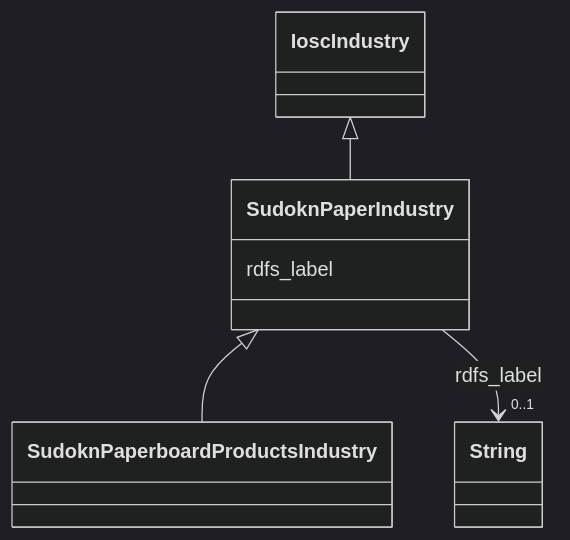
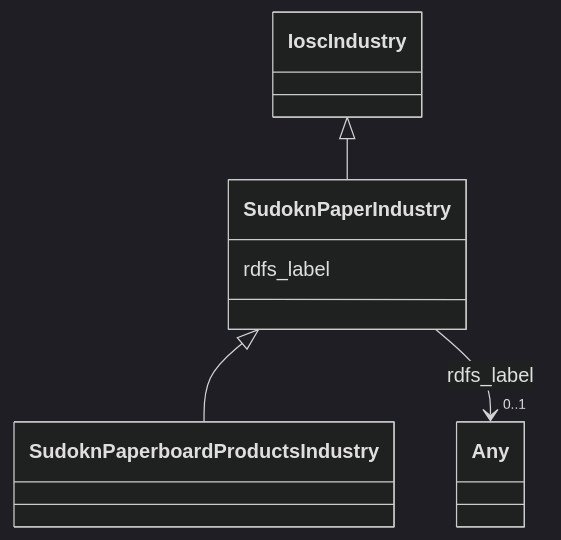
The diagram in sudokn-kg/classes/SudoknPaperIndustry.md (frink-okn/graph-descriptions), drawn with Mermaid (dark theme) before and after one commit. The commit also changed other lines of this file and 903 other files, not shown here.

````diff
--- a/sudokn-kg/classes/SudoknPaperIndustry.md
+++ b/sudokn-kg/classes/SudoknPaperIndustry.md
@@ -23,23 +18,23 @@
 ```mermaid
  classDiagram
     class SudoknPaperIndustry
     click SudoknPaperIndustry href "../SudoknPaperIndustry"
       IoscIndustry <|-- SudoknPaperIndustry
         click IoscIndustry href "../IoscIndustry"
       
 
       SudoknPaperIndustry <|-- SudoknPaperboardProductsIndustry
         click SudoknPaperboardProductsIndustry href "../SudoknPaperboardProductsIndustry"
       
       
       SudoknPaperIndustry : rdfs_label
         
           
     
     
-    SudoknPaperIndustry --> "0..1" String : rdfs_label
-    click String href "../String"
+    SudoknPaperIndustry --> "0..1" Any : rdfs_label
+    click Any href "../Any"
 
         
       
 ```
````
